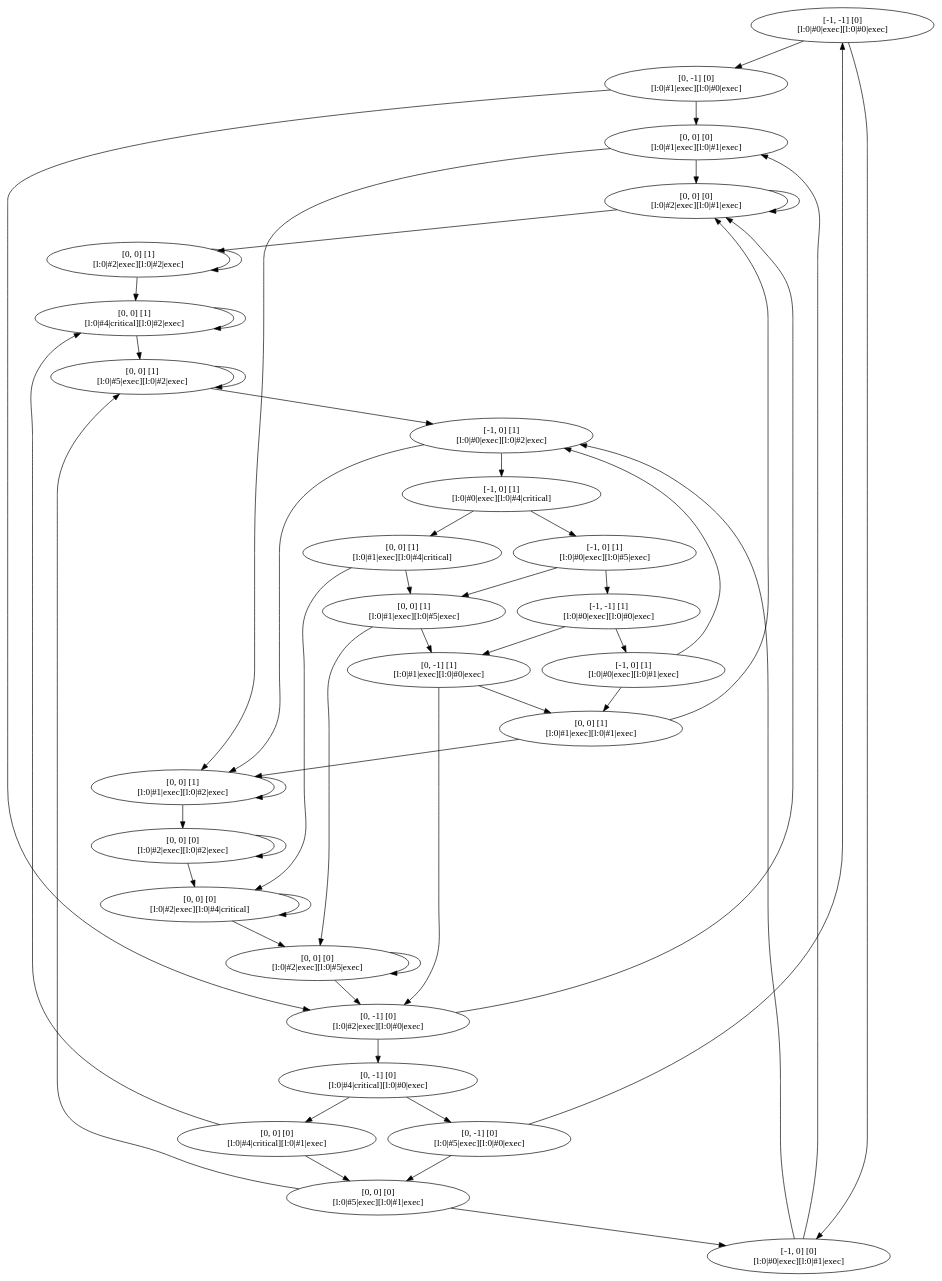
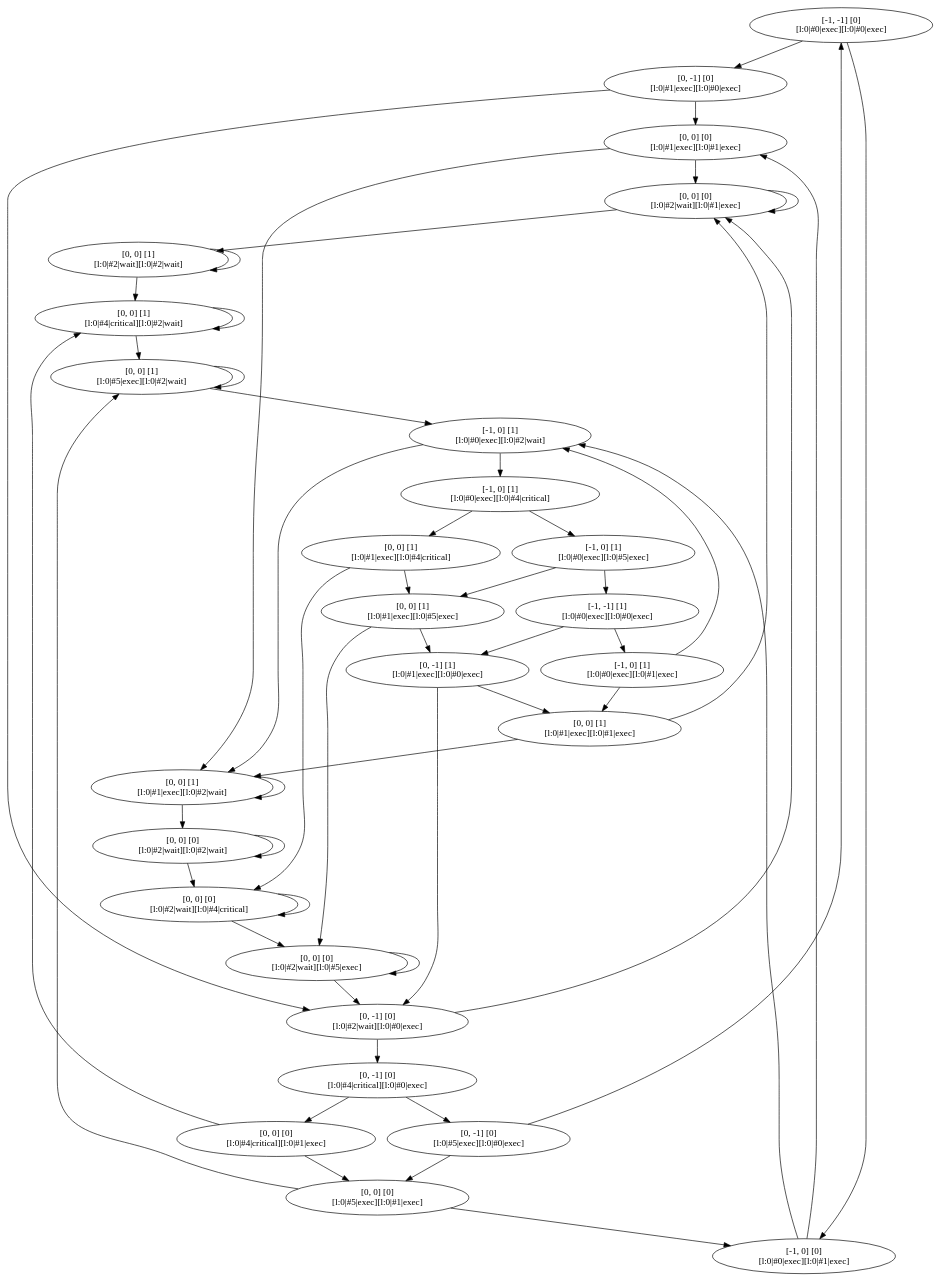
Before and after one commit to JoshuaMoelans/BDD_AlgoStudy: the diagram in output/TS_P2.dot, drawn with Graphviz. The commit also changed 5 other files, not shown here.

Commit message:
fixed no wait label in TS

```diff
--- a/output/TS_P2.dot
+++ b/output/TS_P2.dot
@@ -1,81 +1,81 @@
 digraph G {
 0 [label="[-1, -1] [0]\n[l:0|#0|exec][l:0|#0|exec]"]
 1 [label="[0, -1] [0]\n[l:0|#1|exec][l:0|#0|exec]"]
 4 [label="[0, 0] [0]\n[l:0|#1|exec][l:0|#1|exec]"]
 2 [label="[-1, 0] [0]\n[l:0|#0|exec][l:0|#1|exec]"]
-3 [label="[0, -1] [0]\n[l:0|#2|exec][l:0|#0|exec]"]
-6 [label="[-1, 0] [1]\n[l:0|#0|exec][l:0|#2|exec]"]
+3 [label="[0, -1] [0]\n[l:0|#2|wait][l:0|#0|exec]"]
+6 [label="[-1, 0] [1]\n[l:0|#0|exec][l:0|#2|wait]"]
 7 [label="[0, -1] [0]\n[l:0|#4|critical][l:0|#0|exec]"]
-8 [label="[0, 0] [0]\n[l:0|#2|exec][l:0|#1|exec]"]
-10 [label="[0, 0] [1]\n[l:0|#1|exec][l:0|#2|exec]"]
+8 [label="[0, 0] [0]\n[l:0|#2|wait][l:0|#1|exec]"]
+10 [label="[0, 0] [1]\n[l:0|#1|exec][l:0|#2|wait]"]
 12 [label="[-1, 0] [1]\n[l:0|#0|exec][l:0|#4|critical]"]
 13 [label="[0, -1] [0]\n[l:0|#5|exec][l:0|#0|exec]"]
 14 [label="[0, 0] [0]\n[l:0|#4|critical][l:0|#1|exec]"]
-16 [label="[0, 0] [1]\n[l:0|#2|exec][l:0|#2|exec]"]
-17 [label="[0, 0] [0]\n[l:0|#2|exec][l:0|#2|exec]"]
+16 [label="[0, 0] [1]\n[l:0|#2|wait][l:0|#2|wait]"]
+17 [label="[0, 0] [0]\n[l:0|#2|wait][l:0|#2|wait]"]
 19 [label="[0, 0] [1]\n[l:0|#1|exec][l:0|#4|critical]"]
 20 [label="[-1, 0] [1]\n[l:0|#0|exec][l:0|#5|exec]"]
-28 [label="[0, 0] [0]\n[l:0|#2|exec][l:0|#4|critical]"]
-24 [label="[0, 0] [1]\n[l:0|#4|critical][l:0|#2|exec]"]
+28 [label="[0, 0] [0]\n[l:0|#2|wait][l:0|#4|critical]"]
+24 [label="[0, 0] [1]\n[l:0|#4|critical][l:0|#2|wait]"]
 22 [label="[0, 0] [0]\n[l:0|#5|exec][l:0|#1|exec]"]
 30 [label="[0, 0] [1]\n[l:0|#1|exec][l:0|#5|exec]"]
 32 [label="[-1, -1] [1]\n[l:0|#0|exec][l:0|#0|exec]"]
-34 [label="[0, 0] [1]\n[l:0|#5|exec][l:0|#2|exec]"]
-38 [label="[0, 0] [0]\n[l:0|#2|exec][l:0|#5|exec]"]
+34 [label="[0, 0] [1]\n[l:0|#5|exec][l:0|#2|wait]"]
+38 [label="[0, 0] [0]\n[l:0|#2|wait][l:0|#5|exec]"]
 40 [label="[0, -1] [1]\n[l:0|#1|exec][l:0|#0|exec]"]
 42 [label="[-1, 0] [1]\n[l:0|#0|exec][l:0|#1|exec]"]
 48 [label="[0, 0] [1]\n[l:0|#1|exec][l:0|#1|exec]"]
 0 -> 1
 0 -> 2
 1 -> 3
 1 -> 4
 2 -> 4
 2 -> 6
 3 -> 7
 3 -> 8
 4 -> 8
 4 -> 10
 6 -> 10
 6 -> 12
 7 -> 13
 7 -> 14
 8 -> 8
 8 -> 16
 10 -> 17
 10 -> 10
 12 -> 19
 12 -> 20
 13 -> 0
 13 -> 22
 14 -> 22
 14 -> 24
 16 -> 24
 16 -> 16
 17 -> 17
 17 -> 28
 19 -> 28
 19 -> 30
 20 -> 30
 20 -> 32
 22 -> 2
 22 -> 34
 24 -> 34
 24 -> 24
 28 -> 28
 28 -> 38
 30 -> 38
 30 -> 40
 32 -> 40
 32 -> 42
 34 -> 6
 34 -> 34
 38 -> 38
 38 -> 3
 40 -> 3
 40 -> 48
 42 -> 48
 42 -> 6
 48 -> 8
 48 -> 10
 
 }
```
